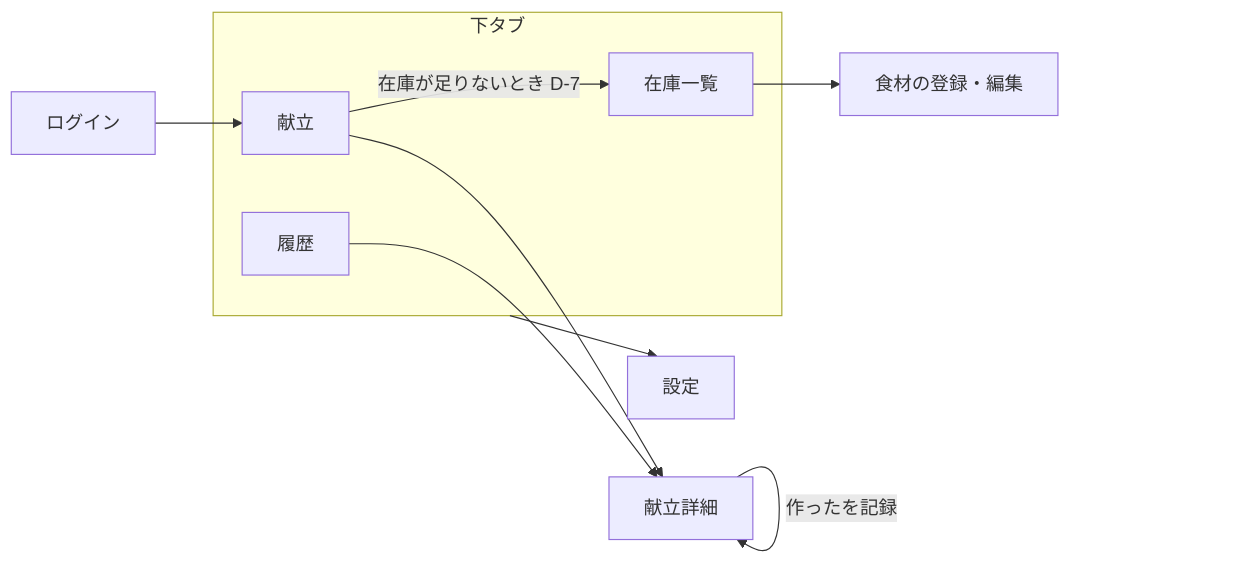
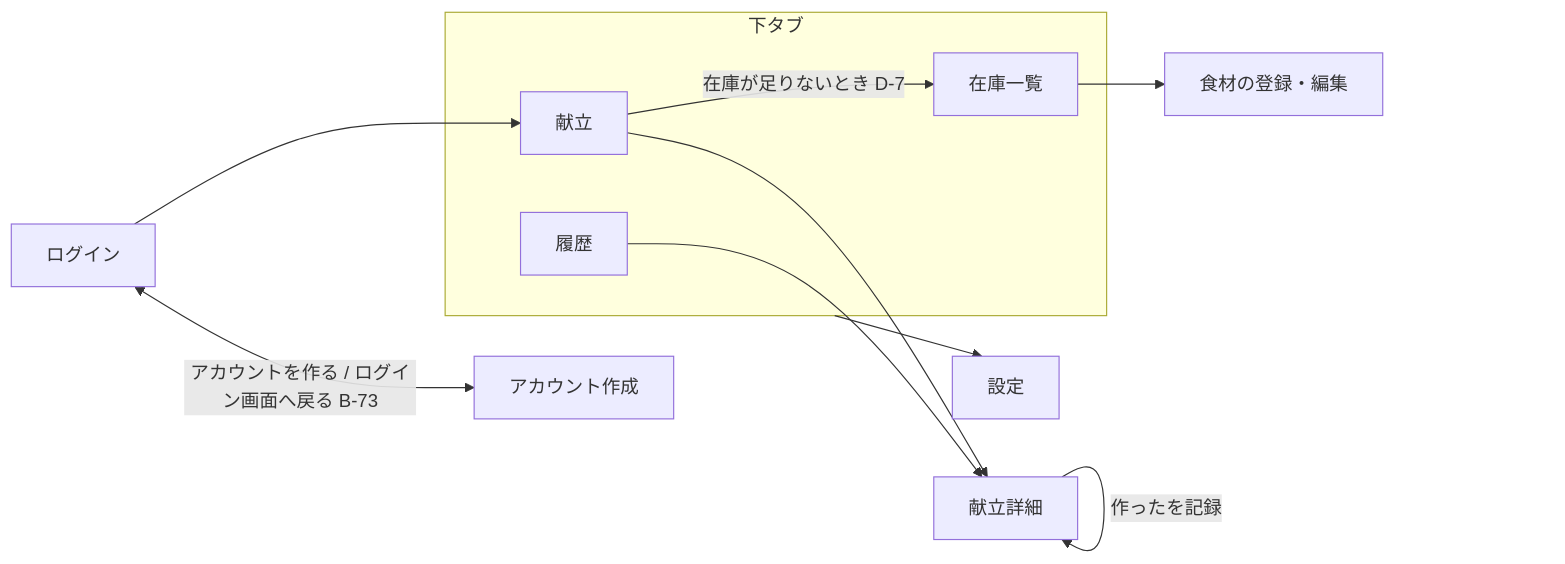
One commit to tkdev106/fridge-to-meal changed the diagram in docs/screen-design.md. Above: the diagram before and after it, drawn with Mermaid. The commit also changed other lines of this file and 20 other files, not shown here.

````diff
--- a/docs/screen-design.md
+++ b/docs/screen-design.md
@@ -91,15 +91,16 @@
 ```mermaid
 flowchart LR
   login[ログイン] --> meals
+  login <-->|アカウントを作る / ログイン画面へ戻る B-73| signup[アカウント作成]
   subgraph tabs[下タブ]
     meals[献立]
     pantry[在庫一覧]
     history[履歴]
   end
   meals --> detail[献立詳細]
   meals -->|在庫が足りないとき D-7| pantry
   history --> detail
   pantry --> edit[食材の登録・編集]
   tabs --> settings[設定]
   detail -->|作ったを記録| detail
 ```
````
